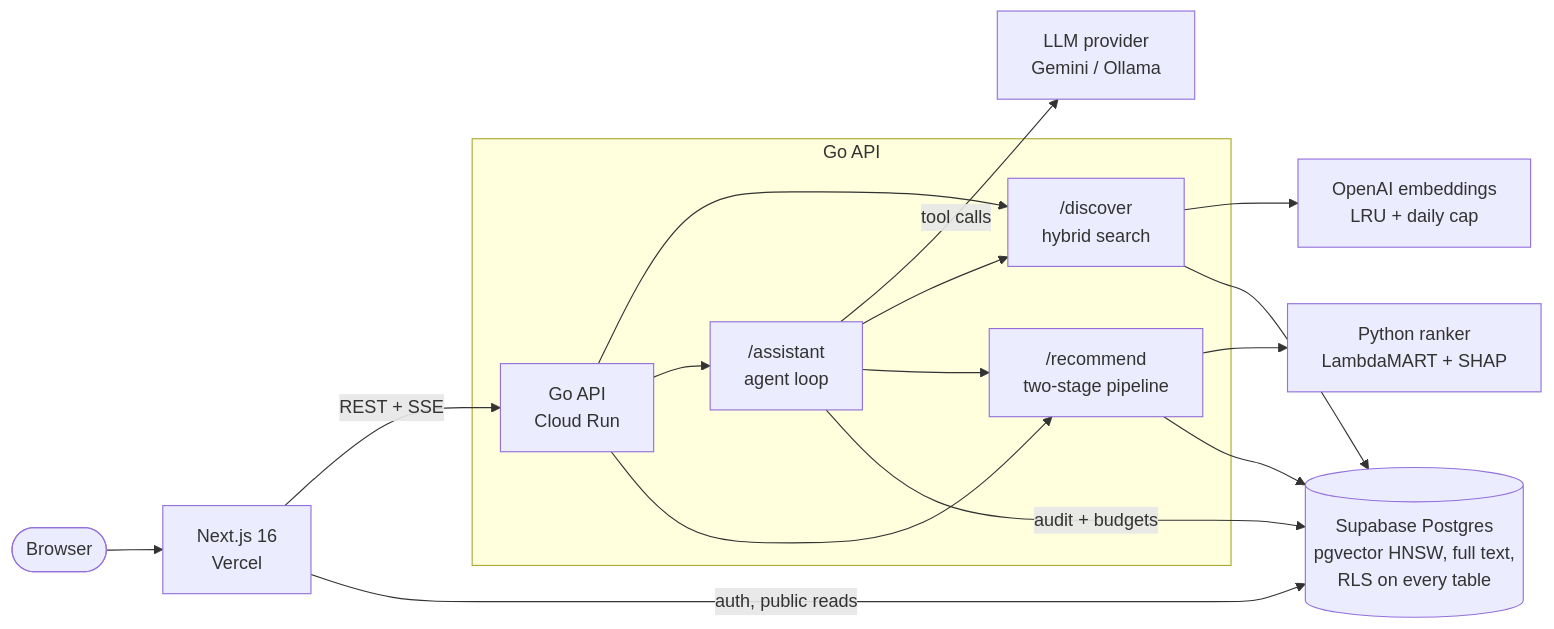
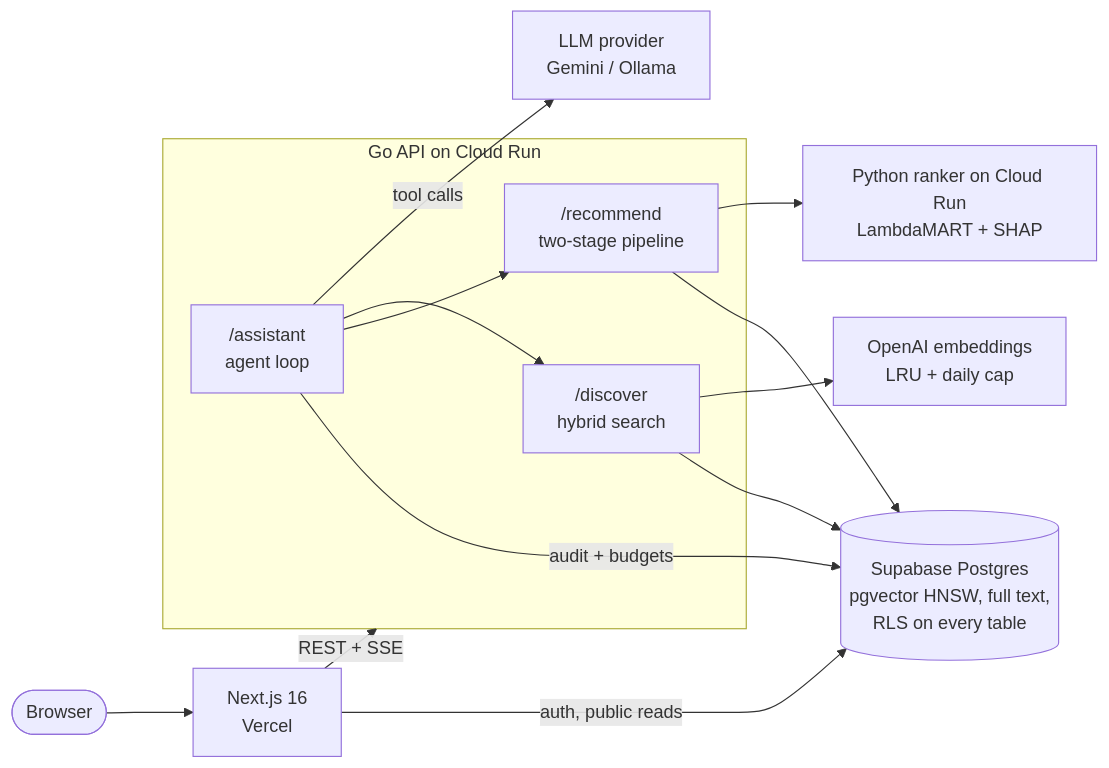
The diagram in README.md (QHarshil/CineMatch), drawn with Mermaid before and after one commit. The commit also changed other lines of this file and 5 other files, not shown here.

````diff
--- a/README.md
+++ b/README.md
@@ -23,22 +23,22 @@
 ```mermaid
 flowchart LR
     user([Browser]) --> web["Next.js 16<br/>Vercel"]
-    web -- "REST + SSE" --> api["Go API<br/>Cloud Run"]
+    web -- "REST + SSE" --> api_box
     web -- "auth, public reads" --> sb
 
-    subgraph api_box [Go API]
-        api --> discover["/discover<br/>hybrid search"]
-        api --> assistant["/assistant<br/>agent loop"]
-        api --> recommend["/recommend<br/>two-stage pipeline"]
+    subgraph api_box [Go API on Cloud Run]
+        discover["/discover<br/>hybrid search"]
+        assistant["/assistant<br/>agent loop"]
+        recommend["/recommend<br/>two-stage pipeline"]
     end
 
     discover --> embed["OpenAI embeddings<br/>LRU + daily cap"]
     assistant -- "tool calls" --> llm["LLM provider<br/>Gemini / Ollama"]
     assistant --> discover
     assistant --> recommend
-    recommend --> ranker["Python ranker<br/>LambdaMART + SHAP"]
+    recommend --> ranker["Python ranker on Cloud Run<br/>LambdaMART + SHAP"]
 
     discover --> sb[("Supabase Postgres<br/>pgvector HNSW, full text,<br/>RLS on every table")]
     recommend --> sb
     assistant -- "audit + budgets" --> sb
 ```
````
